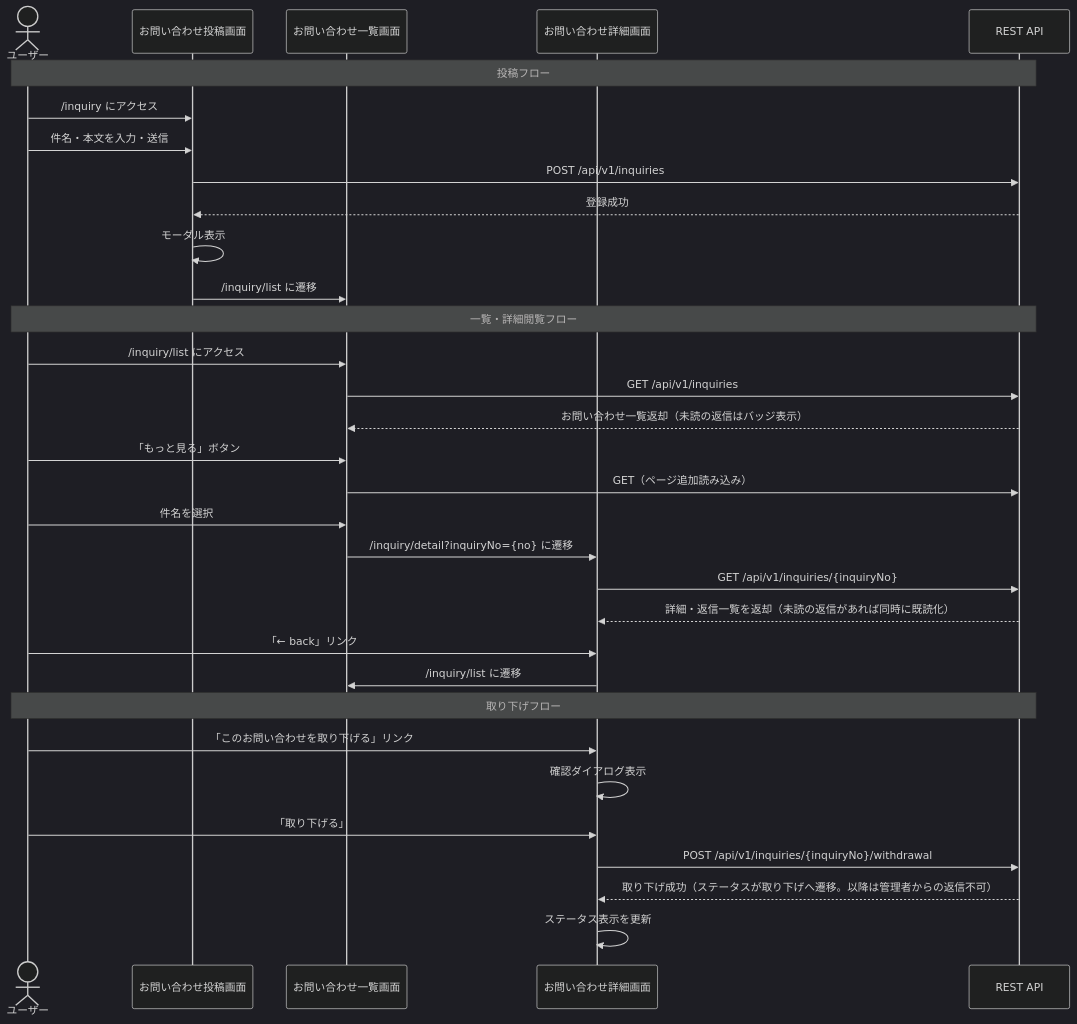
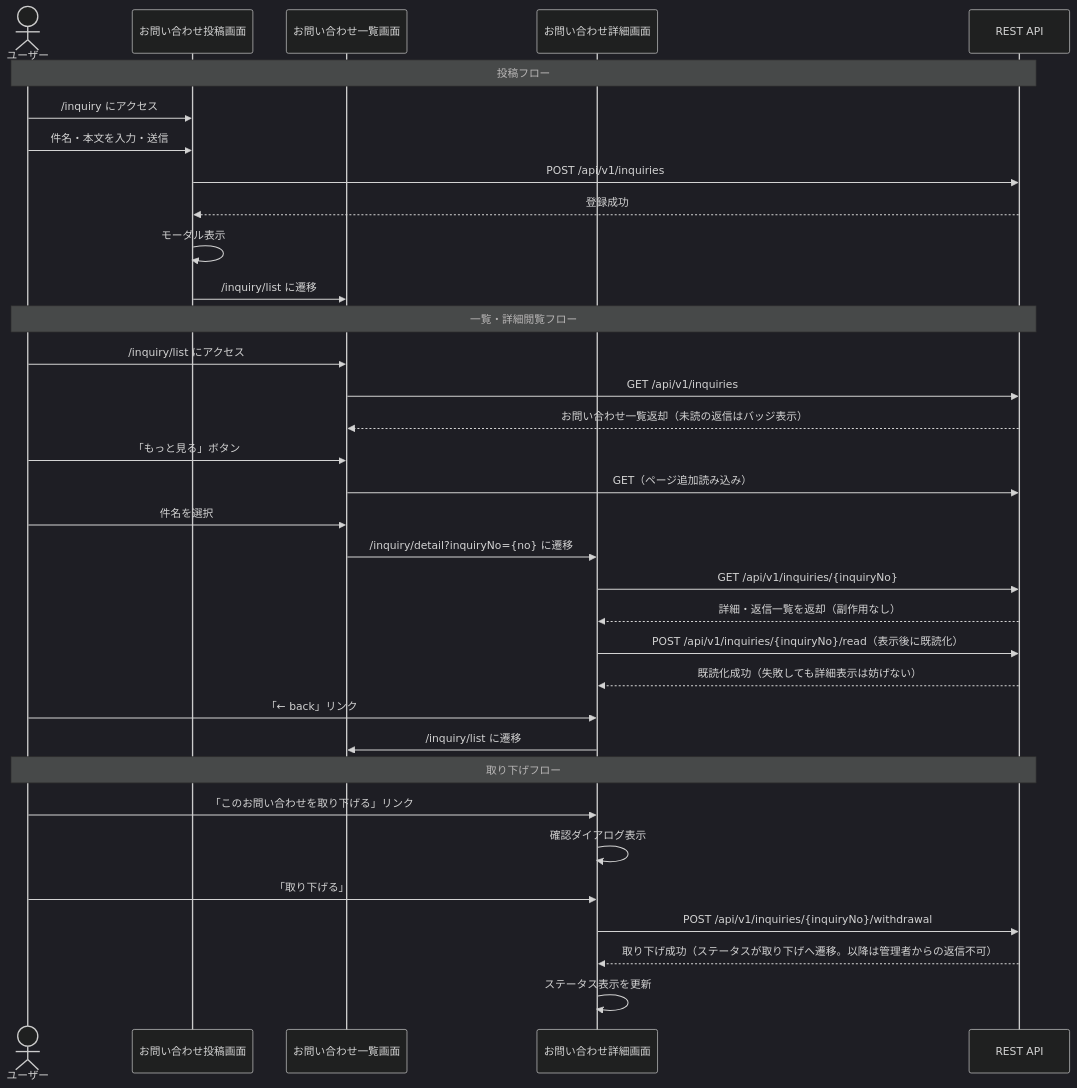
The eighth of 9 diagrams in doc/view/screen-transition.md (KentoKodama214/WebGallery), drawn with Mermaid (dark theme) before and after one commit. The commit also changed other lines of this file and 37 other files, not shown here.

````diff
--- a/doc/view/screen-transition.md
+++ b/doc/view/screen-transition.md
@@ -276,37 +276,39 @@
 ```mermaid
 sequenceDiagram
     actor User as ユーザー
     participant Form as お問い合わせ投稿画面
     participant List as お問い合わせ一覧画面
     participant Detail as お問い合わせ詳細画面
     participant API as REST API
 
     Note over User, API: 投稿フロー
     User->>Form: /inquiry にアクセス
     User->>Form: 件名・本文を入力・送信
     Form->>API: POST /api/v1/inquiries
     API-->>Form: 登録成功
     Form->>Form: モーダル表示
     Form->>List: /inquiry/list に遷移
 
     Note over User, API: 一覧・詳細閲覧フロー
     User->>List: /inquiry/list にアクセス
     List->>API: GET /api/v1/inquiries
     API-->>List: お問い合わせ一覧返却（未読の返信はバッジ表示）
     User->>List: 「もっと見る」ボタン
     List->>API: GET（ページ追加読み込み）
     User->>List: 件名を選択
     List->>Detail: /inquiry/detail?inquiryNo={no} に遷移
     Detail->>API: GET /api/v1/inquiries/{inquiryNo}
-    API-->>Detail: 詳細・返信一覧を返却（未読の返信があれば同時に既読化）
+    API-->>Detail: 詳細・返信一覧を返却（副作用なし）
+    Detail->>API: POST /api/v1/inquiries/{inquiryNo}/read（表示後に既読化）
+    API-->>Detail: 既読化成功（失敗しても詳細表示は妨げない）
     User->>Detail: 「← back」リンク
     Detail->>List: /inquiry/list に遷移
 
     Note over User, API: 取り下げフロー
     User->>Detail: 「このお問い合わせを取り下げる」リンク
     Detail->>Detail: 確認ダイアログ表示
     User->>Detail: 「取り下げる」
     Detail->>API: POST /api/v1/inquiries/{inquiryNo}/withdrawal
     API-->>Detail: 取り下げ成功（ステータスが取り下げへ遷移。以降は管理者からの返信不可）
     Detail->>Detail: ステータス表示を更新
 ```
````
